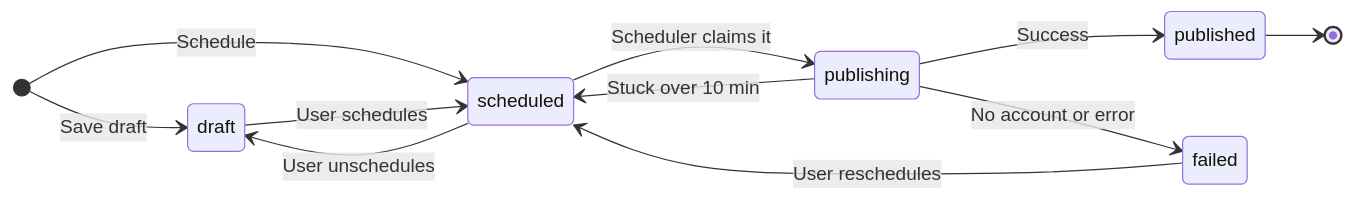
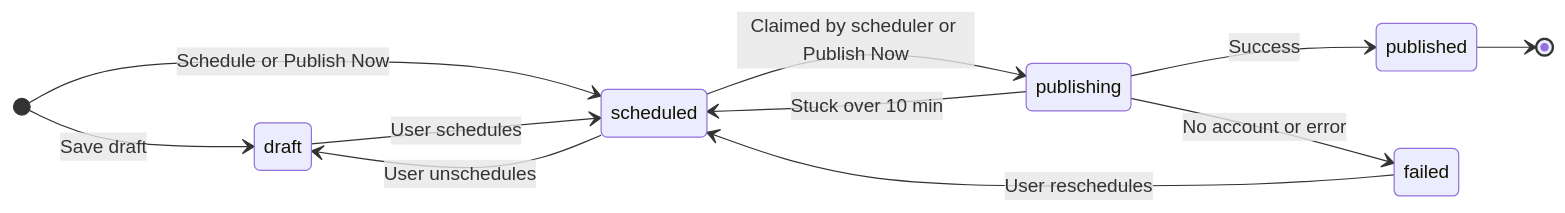
The tenth of 12 diagrams in README.md (anurag-joshi-1403/Social_Sync_Webapp), drawn with Mermaid before and after one commit. The commit also changed other lines of this file, not shown here.

````diff
--- a/README.md
+++ b/README.md
@@ -229,14 +367,14 @@
 ```mermaid
 stateDiagram-v2
     direction LR
     [*] --> draft : Save draft
-    [*] --> scheduled : Schedule
+    [*] --> scheduled : Schedule or Publish Now
     draft --> scheduled : User schedules
     scheduled --> draft : User unschedules
-    scheduled --> publishing : Scheduler claims it
+    scheduled --> publishing : Claimed by scheduler or Publish Now
     publishing --> published : Success
     publishing --> failed : No account or error
     publishing --> scheduled : Stuck over 10 min
     failed --> scheduled : User reschedules
     published --> [*]
 ```
````
